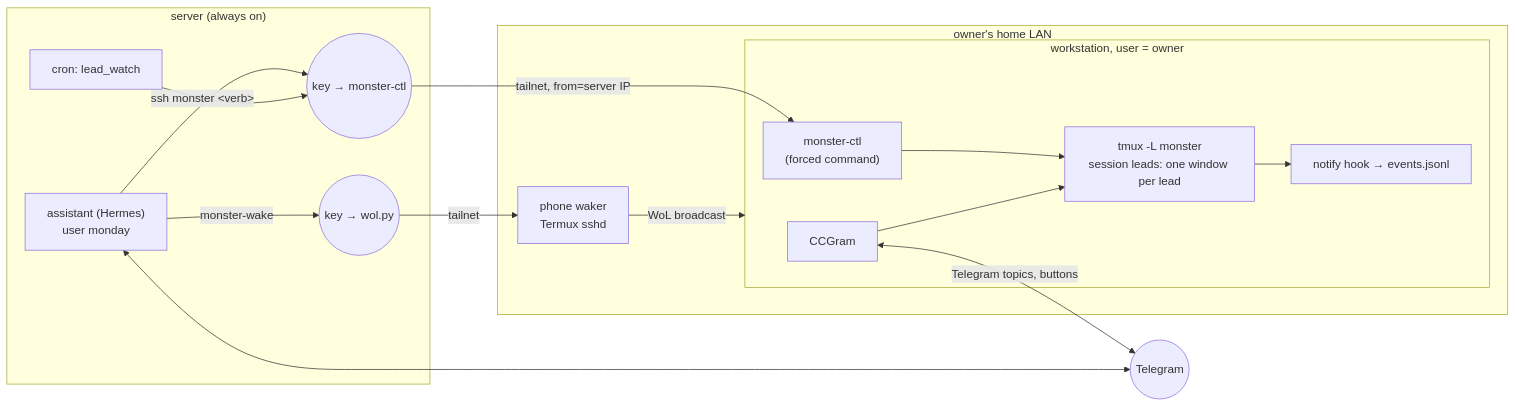
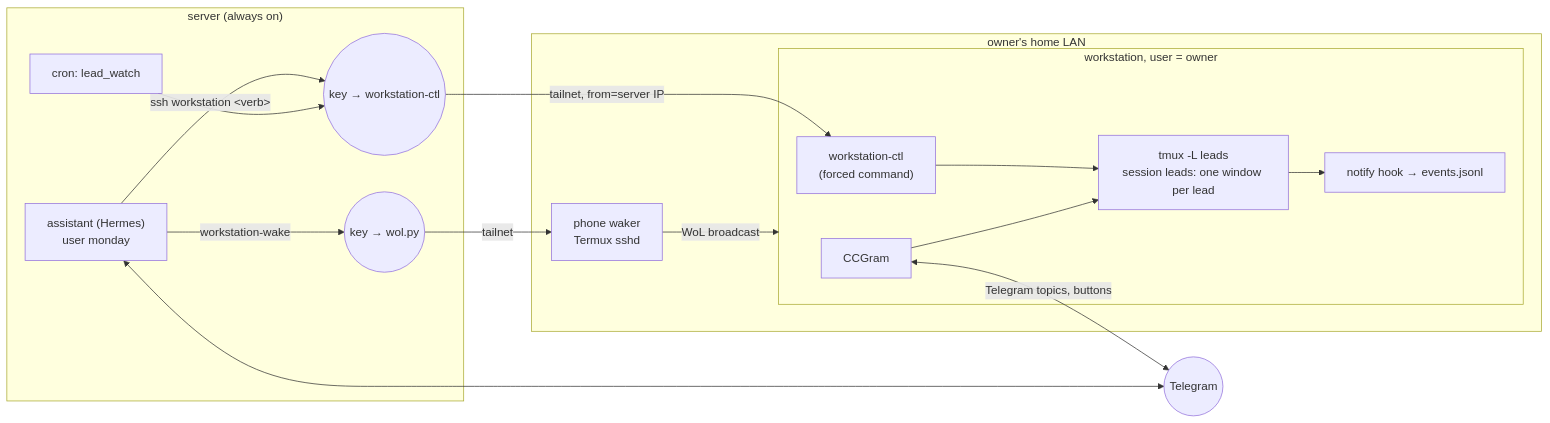
The diagram in docs/remote-workstation.md (KBT-0/MyMonday), drawn with Mermaid before and after one commit. The commit also changed other lines of this file and 49 other files, not shown here.

````diff
--- a/docs/remote-workstation.md
+++ b/docs/remote-workstation.md
@@ -8,20 +8,20 @@
 ```mermaid
 flowchart LR
     subgraph server["server (always on)"]
-        hermes["assistant (Hermes)<br/>user monday"] -->|"ssh monster &lt;verb&gt;"| key1(("key → monster-ctl"))
+        hermes["assistant (Hermes)<br/>user monday"] -->|"ssh workstation &lt;verb&gt;"| key1(("key → workstation-ctl"))
         cron["cron: lead_watch"] --> key1
-        hermes -->|monster-wake| key2(("key → wol.py"))
+        hermes -->|workstation-wake| key2(("key → wol.py"))
     end
     subgraph home["owner's home LAN"]
         phone["phone waker<br/>Termux sshd"] -->|"WoL broadcast"| ws
         subgraph ws["workstation, user = owner"]
-            ctl["monster-ctl<br/>(forced command)"] --> leads["tmux -L monster<br/>session leads: one window per lead"]
+            ctl["workstation-ctl<br/>(forced command)"] --> leads["tmux -L leads<br/>session leads: one window per lead"]
             ccgram["CCGram"] --> leads
             leads --> hook["notify hook → events.jsonl"]
         end
     end
     key1 -->|"tailnet, from=server IP"| ctl
     key2 -->|tailnet| phone
     ccgram <-->|"Telegram topics, buttons"| tg(("Telegram"))
     hermes <--> tg
 ```
````
